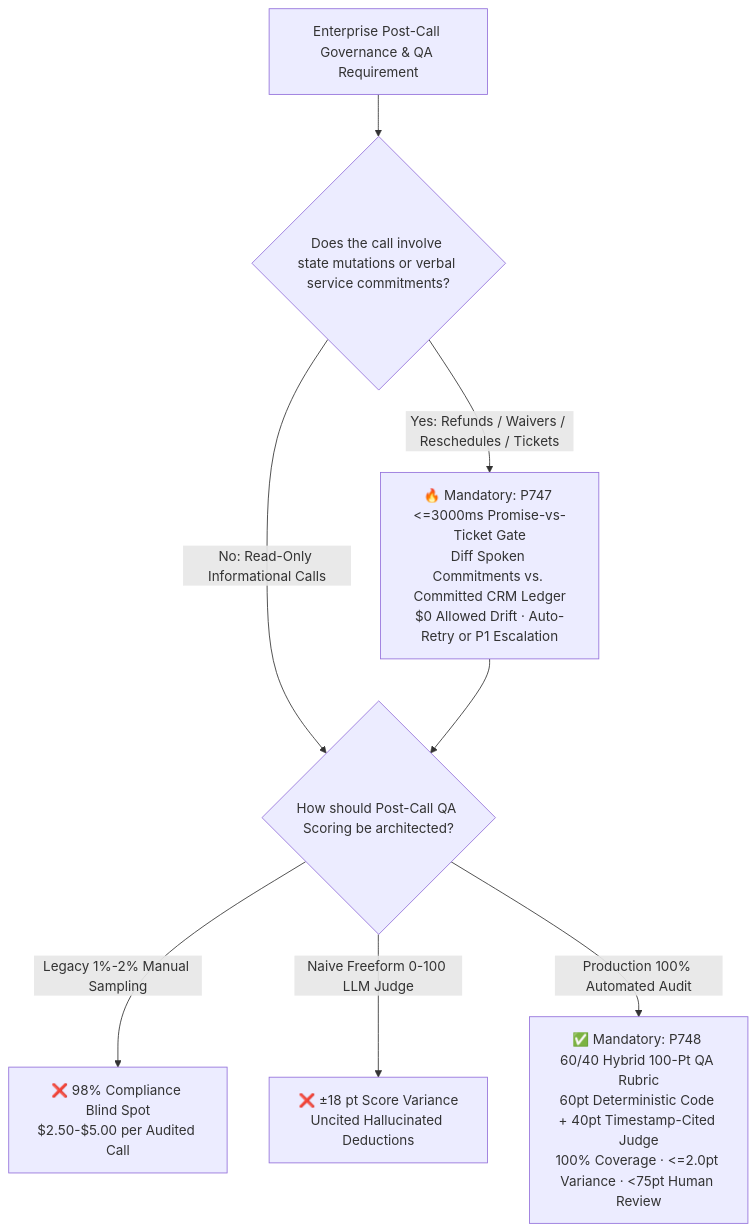
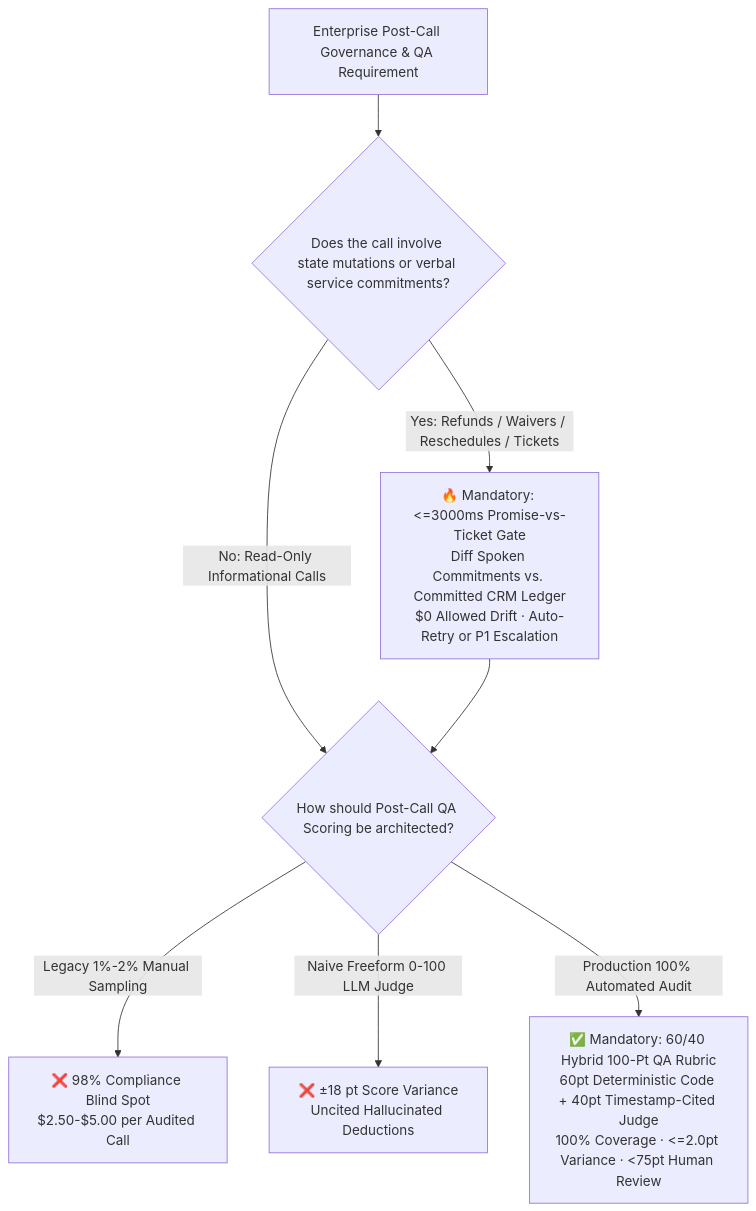
The first of 3 diagrams in docs/voice-postcall-promise-ticket-reconciliation-qa-faq.en.md (turbo998/voice-agent-lab), drawn with Mermaid before and after one commit. The commit also changed other lines of this file and 715 other files, not shown here.

````diff
--- a/docs/voice-postcall-promise-ticket-reconciliation-qa-faq.en.md
+++ b/docs/voice-postcall-promise-ticket-reconciliation-qa-faq.en.md
@@ -51,10 +51,10 @@
 ```mermaid
 flowchart TD
-    A[Enterprise Post-Call Governance & QA Requirement] --> B{Does the call involve state mutations or verbal service commitments?}
-    B -- Yes: Refunds / Waivers / Reschedules / Tickets --> C[🔥 Mandatory: P747 <=3000ms Promise-vs-Ticket Gate<br/>Diff Spoken Commitments vs. Committed CRM Ledger<br/>$0 Allowed Drift · Auto-Retry or P1 Escalation]
-    B -- No: Read-Only Informational Calls --> D{How should Post-Call QA Scoring be architected?}
-    C --> D
-    D -- Legacy 1%-2% Manual Sampling --> E[❌ 98% Compliance Blind Spot<br/>$2.50-$5.00 per Audited Call]
-    D -- Naive Freeform 0-100 LLM Judge --> F[❌ ±18 pt Score Variance<br/>Uncited Hallucinated Deductions]
-    D -- Production 100% Automated Audit --> G[✅ Mandatory: P748 60/40 Hybrid 100-Pt QA Rubric<br/>60pt Deterministic Code + 40pt Timestamp-Cited Judge<br/>100% Coverage · <=2.0pt Variance · <75pt Human Review]
+ A[Enterprise Post-Call Governance & QA Requirement] --> B{Does the call involve state mutations or verbal service commitments?}
+ B -- Yes: Refunds / Waivers / Reschedules / Tickets --> C[🔥 Mandatory: <=3000ms Promise-vs-Ticket Gate<br/>Diff Spoken Commitments vs. Committed CRM Ledger<br/>$0 Allowed Drift · Auto-Retry or P1 Escalation]
+ B -- No: Read-Only Informational Calls --> D{How should Post-Call QA Scoring be architected?}
+ C --> D
+ D -- Legacy 1%-2% Manual Sampling --> E[❌ 98% Compliance Blind Spot<br/>$2.50-$5.00 per Audited Call]
+ D -- Naive Freeform 0-100 LLM Judge --> F[❌ ±18 pt Score Variance<br/>Uncited Hallucinated Deductions]
+ D -- Production 100% Automated Audit --> G[✅ Mandatory: 60/40 Hybrid 100-Pt QA Rubric<br/>60pt Deterministic Code + 40pt Timestamp-Cited Judge<br/>100% Coverage · <=2.0pt Variance · <75pt Human Review]
 ```
````
